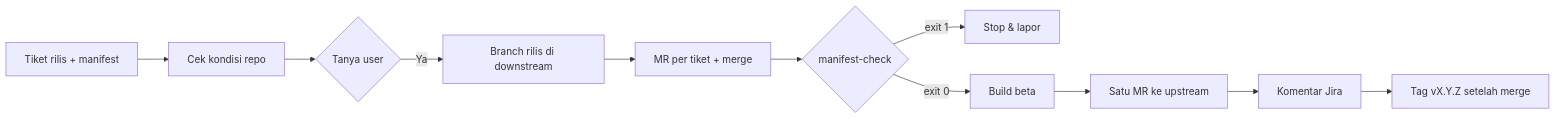
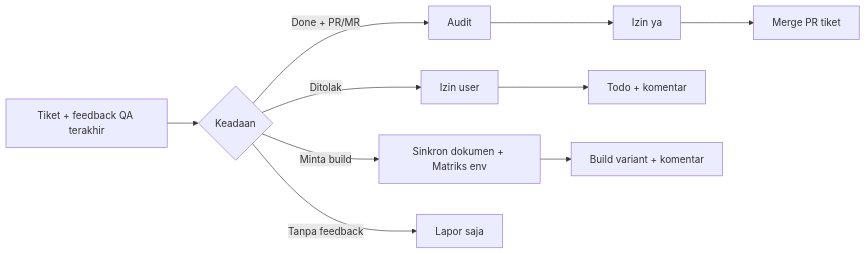
Before and after one commit to roiskhoiron/agent-workflow: the diagram in skills/rilis-tiket/SKILL.md, drawn with Mermaid. The commit also changed other lines of this file and 2 other files, not shown here.

Commit message:
rilis-tiket: per tiket dari feedback QA (Todo / build variant / merge PR tiket)

````diff
--- a/skills/rilis-tiket/SKILL.md
+++ b/skills/rilis-tiket/SKILL.md
@@ -10,8 +10,8 @@
 ```mermaid
 flowchart LR
-  T[Tiket rilis + manifest] --> K[Cek kondisi repo] --> A{Tanya user}
-  A -- Ya --> B[Branch rilis di downstream] --> M[MR per tiket + merge]
-  M --> C{manifest-check}
-  C -- exit 1 --> S[Stop & lapor]
-  C -- exit 0 --> D[Build beta] --> U[Satu MR ke upstream] --> J[Komentar Jira] --> G[Tag vX.Y.Z setelah merge]
+  T[Tiket + feedback QA terakhir] --> D{Keadaan}
+  D -- Done + PR/MR --> A[Audit] --> M[Izin ya] --> G[Merge PR tiket]
+  D -- Ditolak --> R[Izin user] --> O[Todo + komentar]
+  D -- Minta build --> B[Sinkron dokumen + Matriks env] --> V[Build variant + komentar]
+  D -- Tanpa feedback --> N[Lapor saja]
 ```
````
